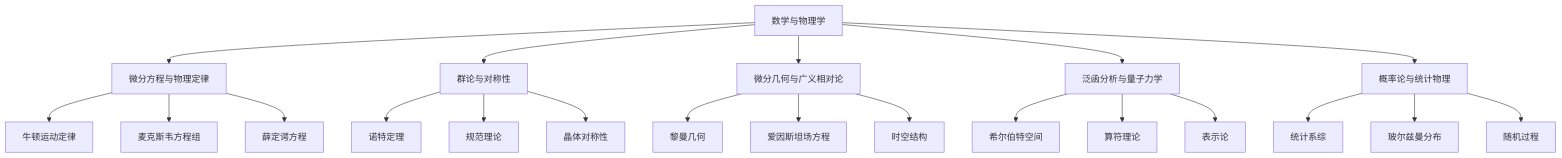
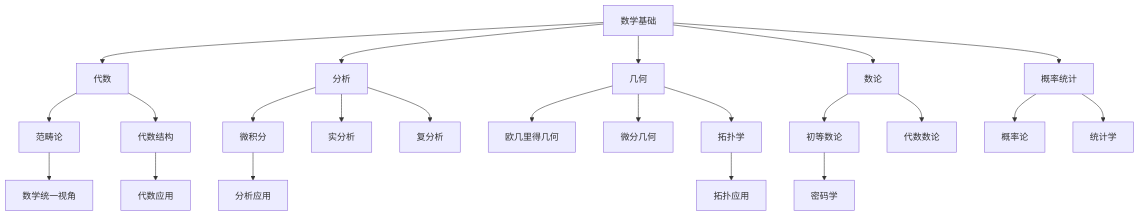
One commit to AdaMartin18010/Mathematics changed the first of 3 diagrams in Math/Refactor/00-项目总览/02-知识图谱.md. Above: the diagram before and after it, drawn with Mermaid. The commit also changed other lines of this file and 8 other files, not shown here.

````diff
--- a/Math/Refactor/00-项目总览/02-知识图谱.md
+++ b/Math/Refactor/00-项目总览/02-知识图谱.md
@@ -221,28 +47,25 @@
 ```mermaid
 graph TD
-    A[数学与物理学] --> B[微分方程与物理定律]
-    A --> C[群论与对称性]
-    A --> D[微分几何与广义相对论]
-    A --> E[泛函分析与量子力学]
-    A --> F[概率论与统计物理]
-    
-    B --> B1[牛顿运动定律]
-    B --> B2[麦克斯韦方程组]
-    B --> B3[薛定谔方程]
-    
-    C --> C1[诺特定理]
-    C --> C2[规范理论]
-    C --> C3[晶体对称性]
-    
-    D --> D1[黎曼几何]
-    D --> D2[爱因斯坦场方程]
-    D --> D3[时空结构]
-    
-    E --> E1[希尔伯特空间]
-    E --> E2[算符理论]
-    E --> E3[表示论]
-    
-    F --> F1[统计系综]
-    F --> F2[玻尔兹曼分布]
-    F --> F3[随机过程]
+    A[数学基础] --> B[代数]
+    A --> C[分析]
+    A --> D[几何]
+    A --> E[概率统计]
+    A --> F[数论]
+    B --> G[范畴论]
+    B --> H[代数结构]
+    C --> I[微积分]
+    C --> J[实分析]
+    C --> K[复分析]
+    D --> L[欧几里得几何]
+    D --> M[微分几何]
+    D --> N[拓扑学]
+    F --> O[初等数论]
+    F --> P[代数数论]
+    E --> Q[概率论]
+    E --> R[统计学]
+    G --> S[数学统一视角]
+    H --> T[代数应用]
+    I --> U[分析应用]
+    N --> V[拓扑应用]
+    O --> W[密码学]
 ```
````
